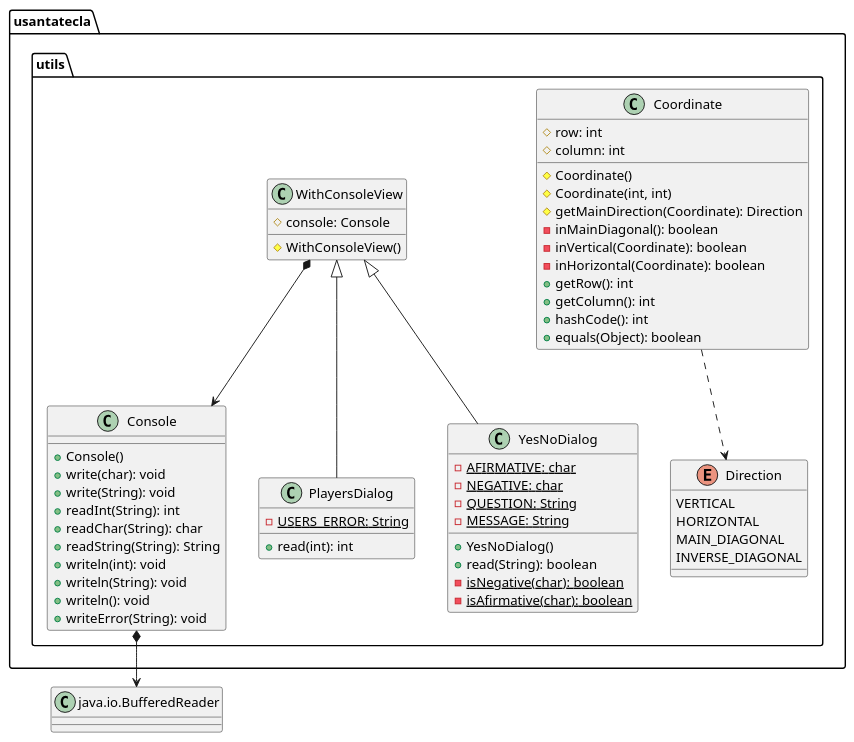
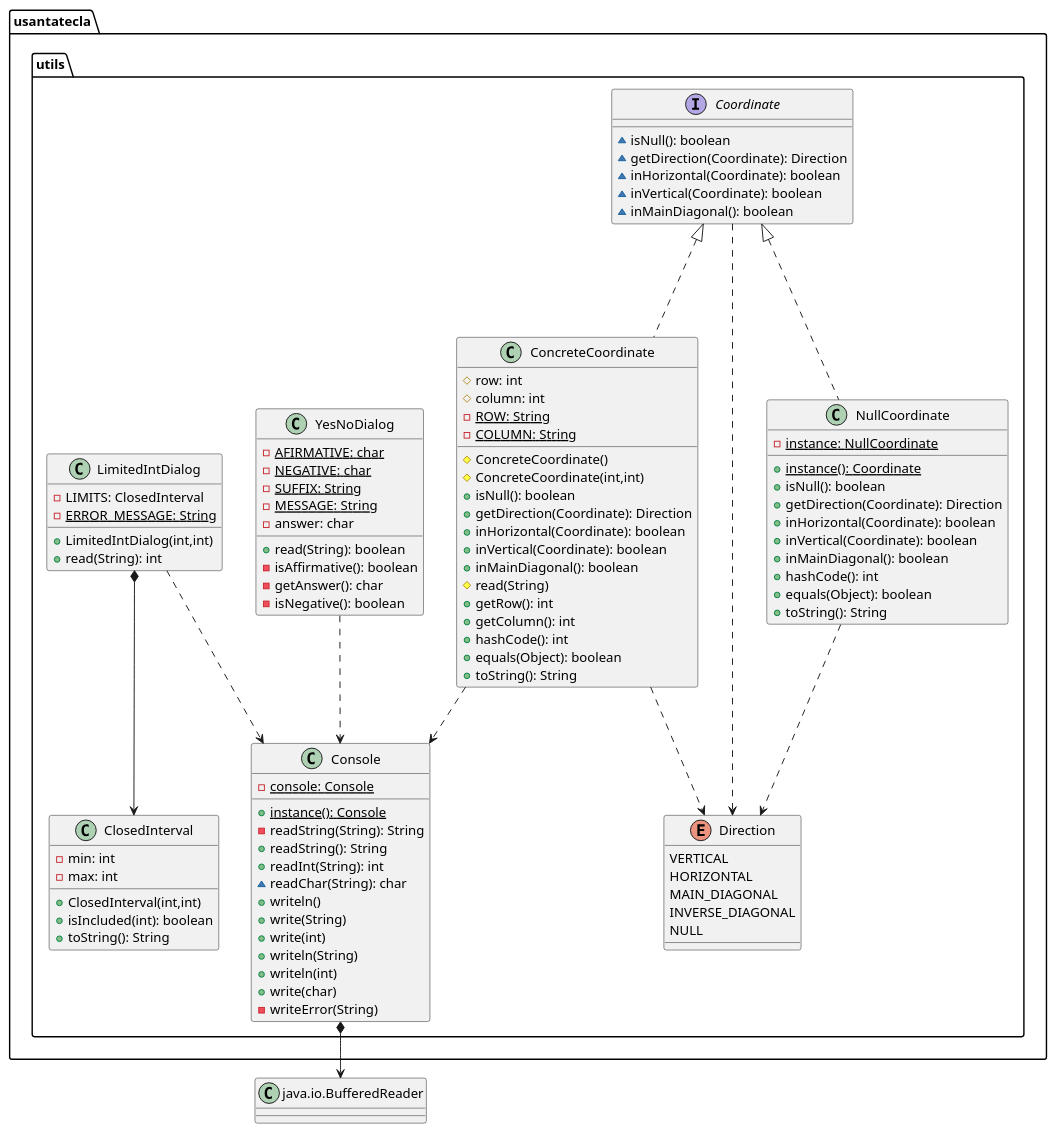
The sixth of 6 diagrams in documentView/withFactoryMethod/docs/diagrams/src/paquetes.plantuml (Jolucaa/USantaTecla-project-ticTacToe), drawn with PlantUML before and after one commit. The commit also changed 1 other file, not shown here.

Commit message:
Utils updated in WithFactoryMethod

```diff
--- a/documentView/withFactoryMethod/docs/diagrams/src/paquetes.plantuml
+++ b/documentView/withFactoryMethod/docs/diagrams/src/paquetes.plantuml
@@ -515,65 +515,108 @@
 @startuml tictactoe.utils
-class  usantatecla.utils.Console{
-+ Console()
-+ write(char): void
-+ write(String): void
-+ readInt(String): int
-+ readChar(String): char
-+ readString(String): String
-+ writeln(int): void
-+ writeln(String): void
-+ writeln(): void
-+ writeError(String): void
+class BufferedReader as "java.io.BufferedReader"{}
+
+class  usantatecla.utils.ClosedInterval{
+- min: int
+- max: int
++ ClosedInterval(int,int)
++ isIncluded(int): boolean
++ toString(): String
 }
 
-class BufferedReader as "java.io.BufferedReader"
-
-usantatecla.utils.Console *-down-> BufferedReader
-
-class  usantatecla.utils.Coordinate{
+class usantatecla.utils.ConcreteCoordinate{
 # row: int
 # column: int
-# Coordinate()
-# Coordinate(int, int)
-# getMainDirection(Coordinate): Direction
-- inMainDiagonal(): boolean
-- inVertical(Coordinate): boolean
-- inHorizontal(Coordinate): boolean
+- {static} ROW: String
+- {static} COLUMN: String
+# ConcreteCoordinate()
+# ConcreteCoordinate(int,int)
++ isNull(): boolean
++ getDirection(Coordinate): Direction
++ inHorizontal(Coordinate): boolean
++ inVertical(Coordinate): boolean
++ inMainDiagonal(): boolean
+# read(String)
 + getRow(): int
 + getColumn(): int
 + hashCode(): int
 + equals(Object): boolean
++ toString(): String
+}
+
+usantatecla.utils.Coordinate <|..down- usantatecla.utils.ConcreteCoordinate
+usantatecla.utils.ConcreteCoordinate ..> usantatecla.utils.Direction
+usantatecla.utils.ConcreteCoordinate ..> usantatecla.utils.Console
+
+
+class usantatecla.utils.Console{
+- {static} console: Console
++ {static} instance(): Console
+- readString(String): String
++ readString(): String
++ readInt(String): int
+~ readChar(String): char
++ writeln()
++ write(String)
++ write(int)
++ writeln(String)
++ writeln(int)
++ write(char)
+- writeError(String)
+}
+usantatecla.utils.Console *-down-> BufferedReader
+
+interface usantatecla.utils.Coordinate{
+~ isNull(): boolean
+~ getDirection(Coordinate): Direction
+~ inHorizontal(Coordinate): boolean
+~ inVertical(Coordinate): boolean
+~ inMainDiagonal(): boolean
 }
 usantatecla.utils.Coordinate ..> usantatecla.utils.Direction
 
-enum  usantatecla.utils.Direction{
+enum usantatecla.utils.Direction{
   VERTICAL
   HORIZONTAL
   MAIN_DIAGONAL
   INVERSE_DIAGONAL
+  NULL
 }
 
-class  usantatecla.utils.PlayersDialog{
-- {static} USERS_ERROR: String
-+ read(int): int
+class usantatecla.utils.LimitedIntDialog{
+- LIMITS: ClosedInterval
+- {static} ERROR_MESSAGE: String
++ LimitedIntDialog(int,int)
++ read(String): int
 }
-usantatecla.utils.WithConsoleView <|-down- usantatecla.utils.PlayersDialog
 
-class  usantatecla.utils.WithConsoleView{
-# console: Console
-# WithConsoleView()
+usantatecla.utils.LimitedIntDialog *-down-> usantatecla.utils.ClosedInterval
+usantatecla.utils.LimitedIntDialog ..> usantatecla.utils.Console
+
+class usantatecla.utils.NullCoordinate{
+- {static} instance: NullCoordinate
++ {static} instance(): Coordinate
++ isNull(): boolean
++ getDirection(Coordinate): Direction
++ inHorizontal(Coordinate): boolean
++ inVertical(Coordinate): boolean
++ inMainDiagonal(): boolean
++ hashCode(): int
++ equals(Object): boolean
++ toString(): String
 }
-usantatecla.utils.WithConsoleView *-down-> usantatecla.utils.Console
+usantatecla.utils.Coordinate <|..down- usantatecla.utils.NullCoordinate
+usantatecla.utils.NullCoordinate ..> usantatecla.utils.Direction
 
-class  usantatecla.utils.YesNoDialog{
+class usantatecla.utils.YesNoDialog{
 - {static} AFIRMATIVE: char
 - {static} NEGATIVE: char
-- {static} QUESTION: String
+- {static} SUFFIX: String
 - {static} MESSAGE: String
-+ YesNoDialog()
+- answer: char
 + read(String): boolean
-- {static} isNegative(char): boolean
-- {static} isAfirmative(char): boolean
+- isAffirmative(): boolean
+- getAnswer(): char
+- isNegative(): boolean
 }
-usantatecla.utils.WithConsoleView <|-down- usantatecla.utils.YesNoDialog
+usantatecla.utils.YesNoDialog ..> usantatecla.utils.Console
 @enduml
```
